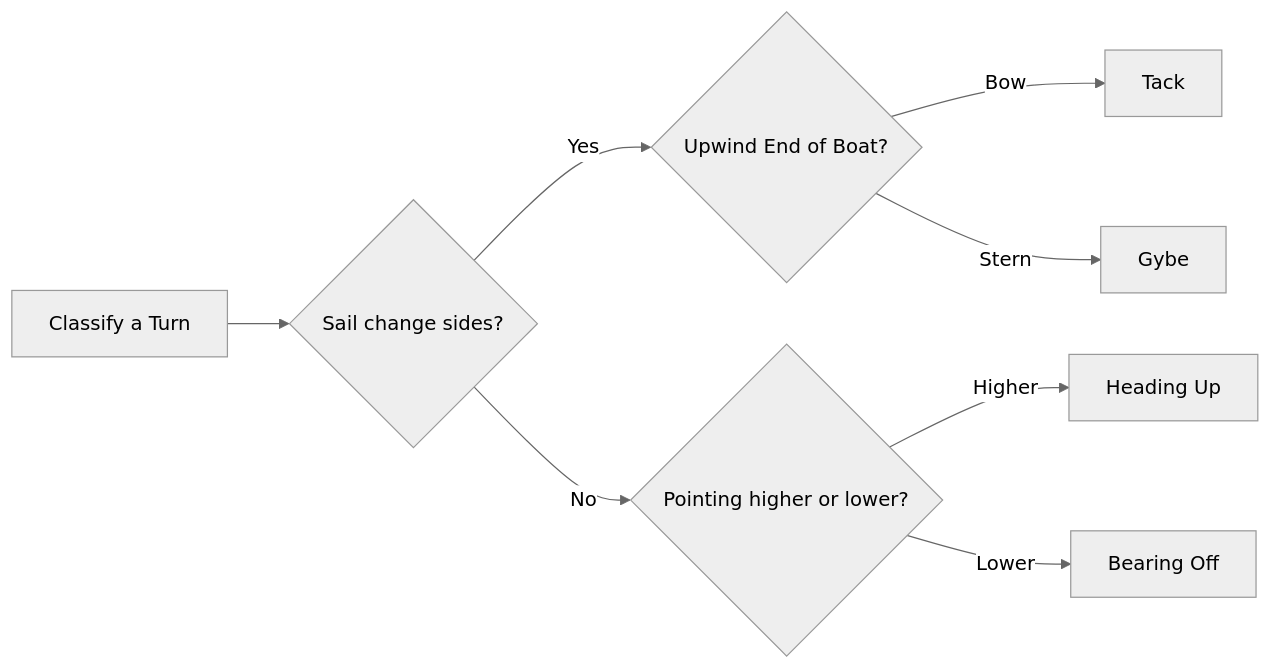
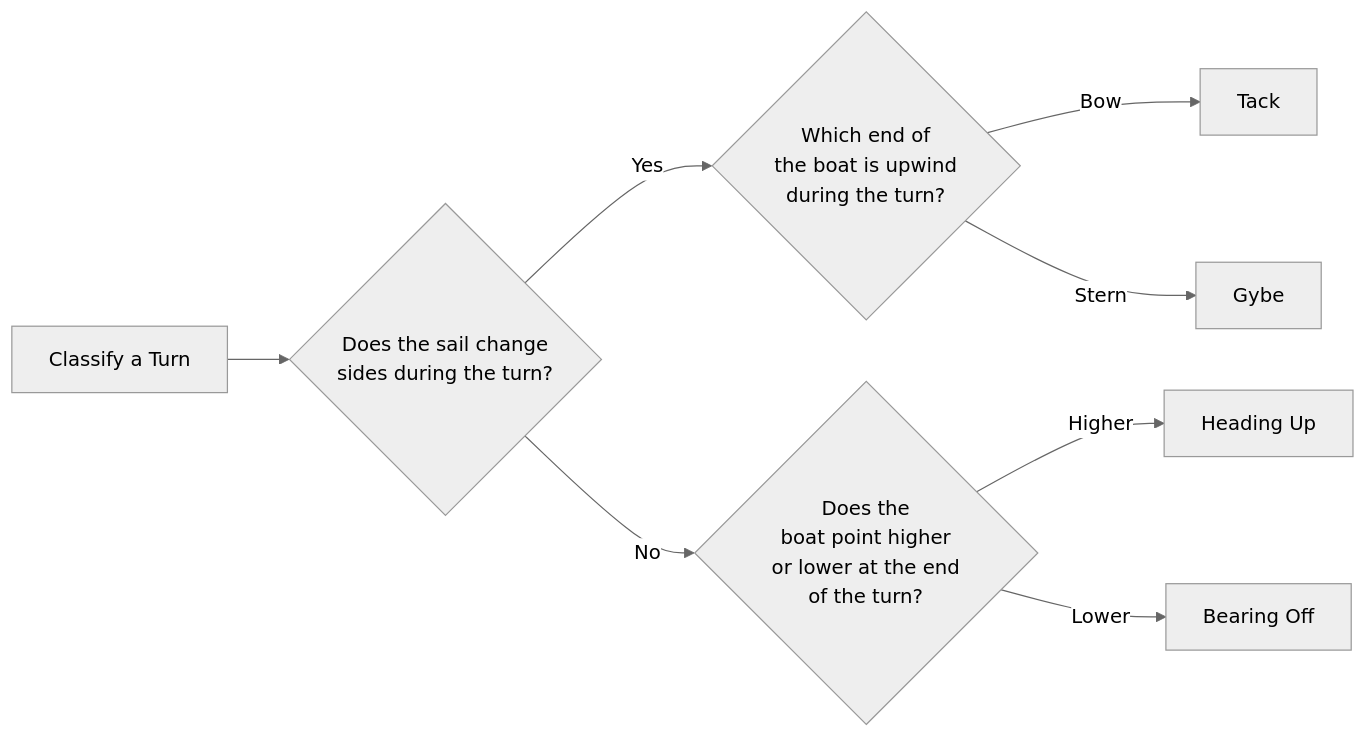
Before and after one commit to UBCSailbot/docs: the diagram in docs/reference/sailing/turning.md, drawn with Mermaid (neutral theme).

Commit message:
Added line breaks to flowchart text

````diff
--- a/docs/reference/sailing/turning.md
+++ b/docs/reference/sailing/turning.md
@@ -9,10 +9,10 @@
 ``` mermaid
 graph LR
-    B[Classify a Turn] --> C{Sail change sides?};
-    C --> |Yes| E{Upwind End of Boat?};
-    C --> |No| D{Pointing higher or lower?};
+    B[Classify a Turn] --> C{Does the sail change<br/>sides during the turn?};
+    C --> |Yes| E{Which end of<br/>the boat is upwind<br/>during the turn?};
+    C --> |No| D{Does the<br/>boat point higher<br/>or lower at the end<br/>of the turn?};
     D --> |Higher| F[Heading Up];
     D --> |Lower| G[Bearing Off];
     E --> |Bow| H[Tack];
     E --> |Stern| I[Gybe];
 ```
````
